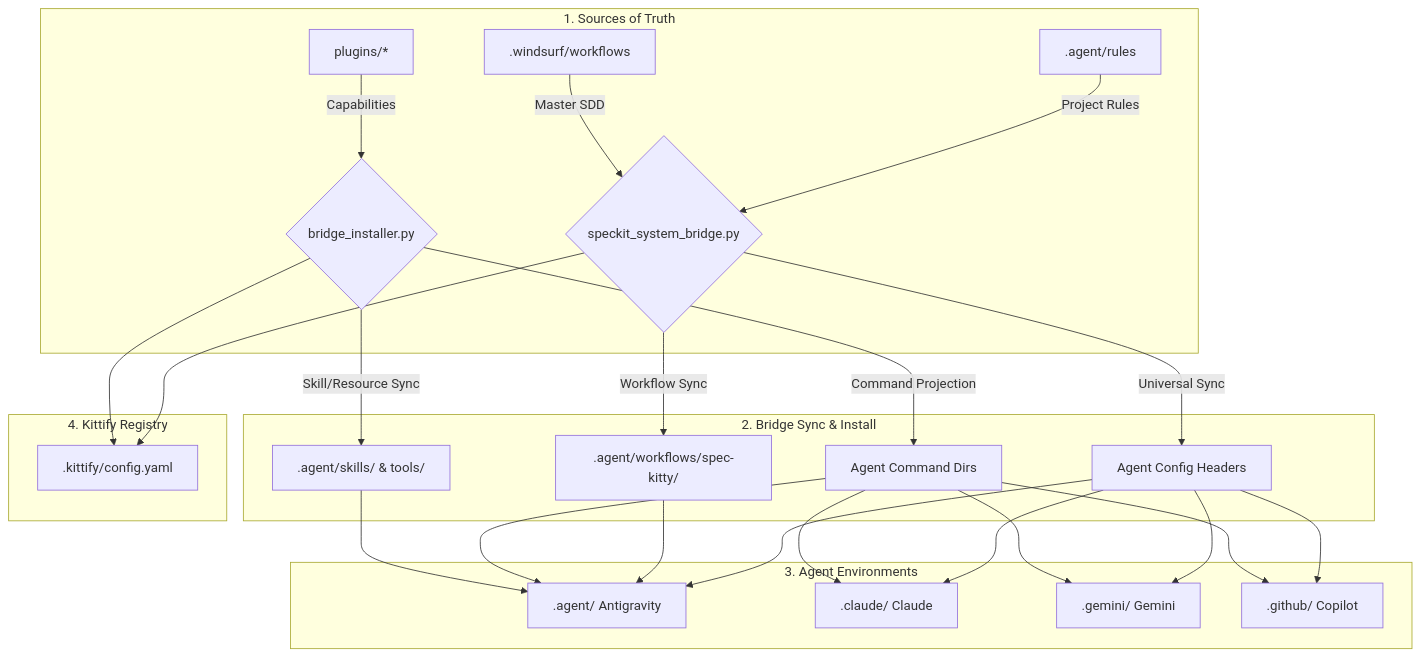
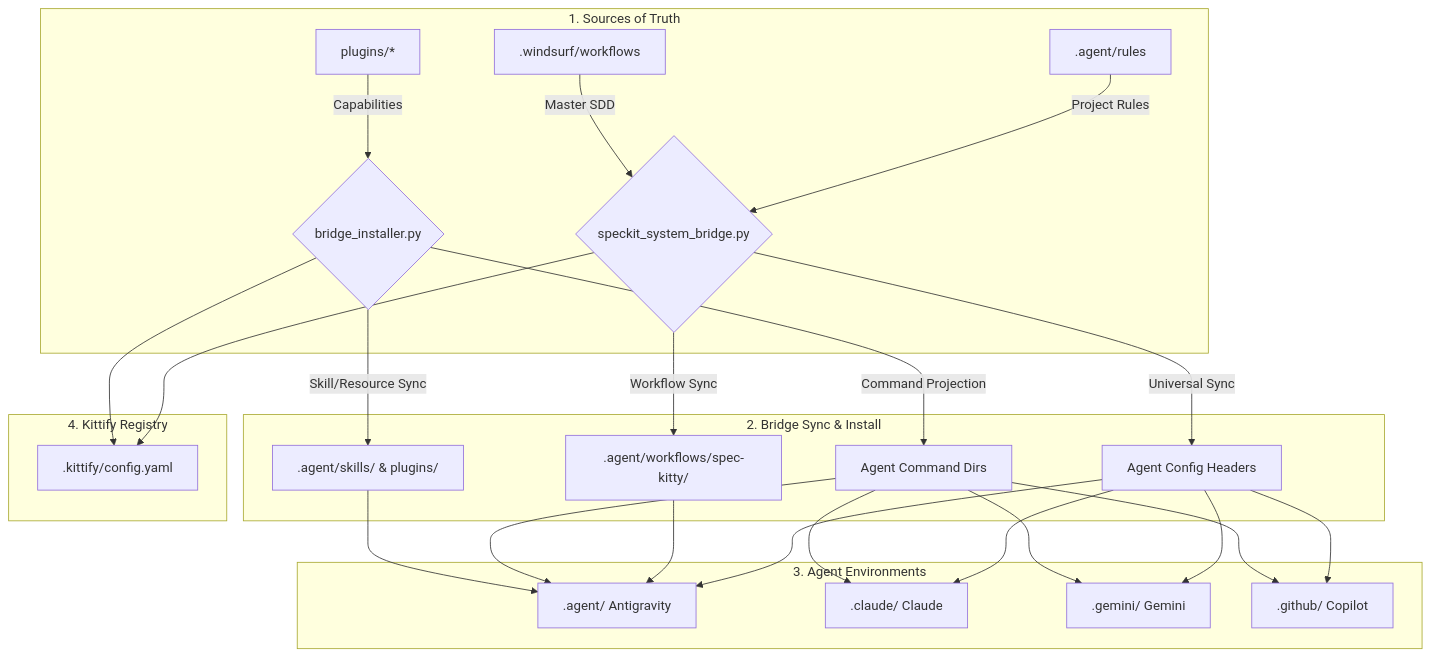
The diagram in .agent/skills/spec-kitty-agent/references/bridge_process.mmd (richfrem/agent-plugins-skills), drawn with Mermaid before and after one commit. The commit also changed 190 other files, not shown here.

```diff
--- a/.agent/skills/spec-kitty-agent/references/bridge_process.mmd
+++ b/.agent/skills/spec-kitty-agent/references/bridge_process.mmd
@@ -1,25 +1,25 @@
 flowchart TD
     subgraph Sources [1. Sources of Truth]
         A[.agent/rules] -->|Project Rules| B{speckit_system_bridge.py}
         W[.windsurf/workflows] -->|Master SDD| B
         P[plugins/*] -->|Capabilities| C{bridge_installer.py}
     end
 
     subgraph Sync [2. Bridge Sync & Install]
         B -->|Universal Sync| D[Agent Config Headers]
         B -->|Workflow Sync| E[.agent/workflows/spec-kitty/]
         
         C -->|Command Projection| F[Agent Command Dirs]
-        C -->|Skill/Resource Sync| G[.agent/skills/ & tools/]
+        C -->|Skill/Resource Sync| G[.agent/skills/ & plugins/]
     end
 
     subgraph Targets [3. Agent Environments]
         D & E & F & G --> H[.agent/ Antigravity]
         D & F --> I[.claude/ Claude]
         D & F --> J[.gemini/ Gemini]
         D & F --> K[.github/ Copilot]
     end
 
     subgraph Registry [4. Kittify Registry]
         B & C --> L[.kittify/config.yaml]
     end
```
